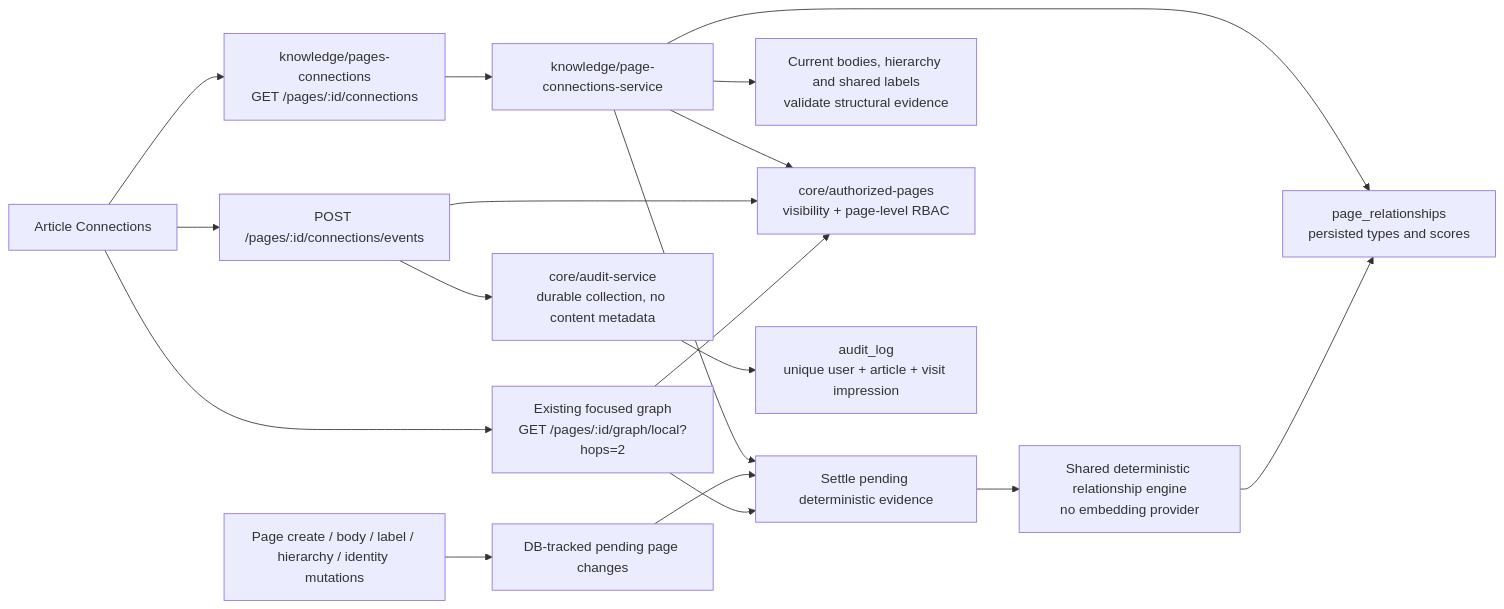
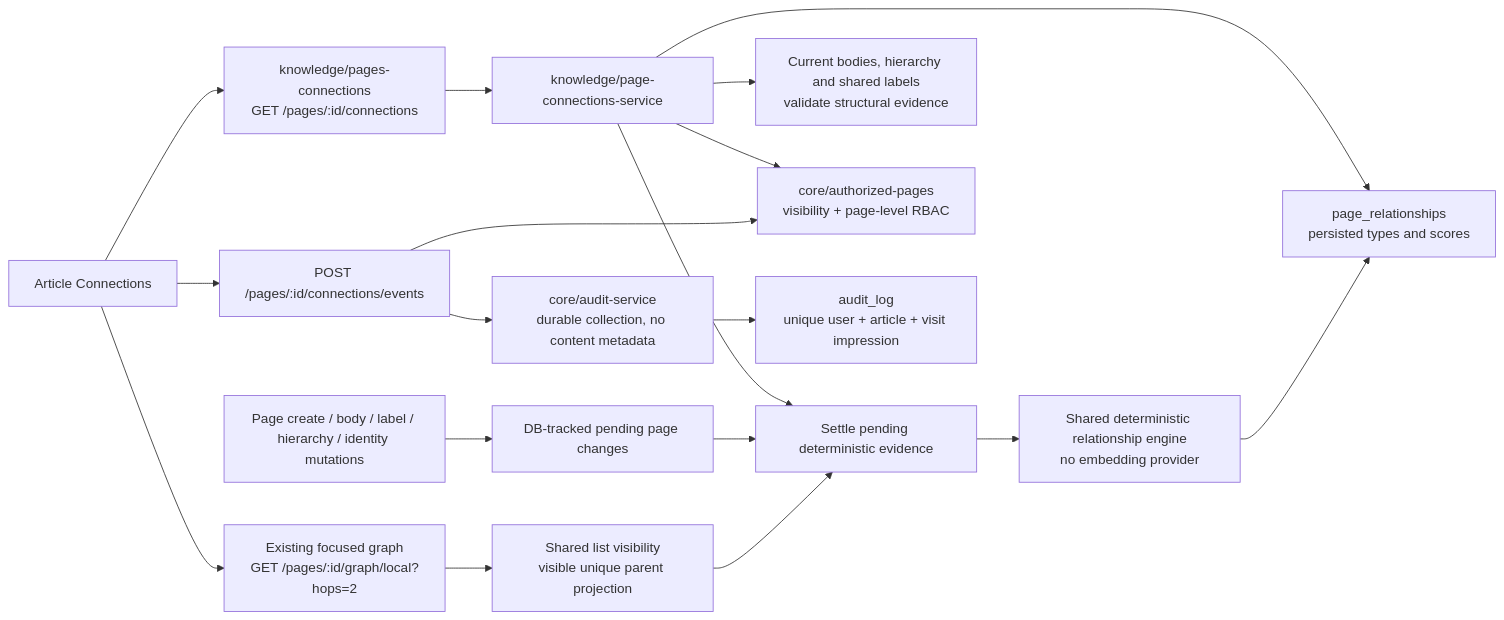
The third of 8 diagrams in docs/architecture/03-backend-domains.md (Compendiq/compendiq-ce), drawn with Mermaid before and after one commit. The commit also changed other lines of this file and 3 other files, not shown here.

Commit message:
fix(security): harden focused graph visibility

````diff
--- a/docs/architecture/03-backend-domains.md
+++ b/docs/architecture/03-backend-domains.md
@@ -81,20 +81,20 @@
 ```mermaid
 flowchart LR
     panel["Article Connections"] --> read["knowledge/pages-connections<br/>GET /pages/:id/connections"]
     read --> service["knowledge/page-connections-service"]
     service --> evidence["page_relationships<br/>persisted types and scores"]
     service --> materialize["Settle pending deterministic evidence"]
     changes["Page create / body / label / hierarchy / identity mutations"] --> dirty["DB-tracked pending page changes"]
     dirty --> materialize
     materialize --> engine["Shared deterministic relationship engine<br/>no embedding provider"]
     engine --> evidence
     service --> live["Current bodies, hierarchy and shared labels<br/>validate structural evidence"]
     service --> access["core/authorized-pages<br/>visibility + page-level RBAC"]
     panel --> collect["POST /pages/:id/connections/events"]
     collect --> access
     collect --> audit["core/audit-service<br/>durable collection, no content metadata"]
     audit --> store["audit_log<br/>unique user + article + visit impression"]
     panel --> local["Existing focused graph<br/>GET /pages/:id/graph/local?hops=2"]
-    local --> access
-    local --> materialize
+    local --> listVisibility["Shared list visibility<br/>visible unique parent projection"]
+    listVisibility --> materialize
 ```
````
